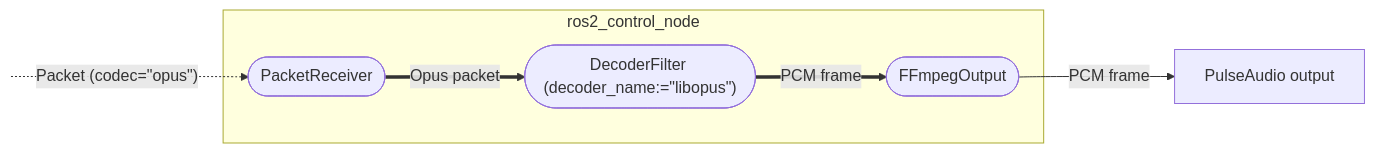
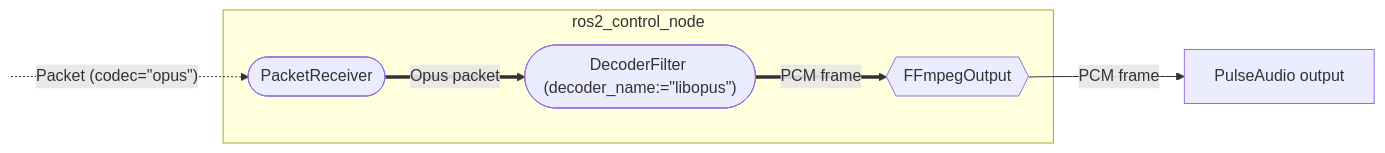
One commit to yoshito-n-students/ffmpeg_pipeline changed the third of 3 diagrams in README.md. Above: the diagram before and after it, drawn with Mermaid. The commit also changed other lines of this file, not shown here.

Commit message:
match block shape in flowchart

````diff
--- a/README.md
+++ b/README.md
@@ -160,10 +160,10 @@
 ```mermaid
 flowchart LR
    A:::hidden -. "Packet (codec=#quot;opus#quot;)" .-> B@{ shape: stadium, label: "PacketReceiver" }
    subgraph ros2_control_node
    B == "Opus packet" ==> C@{ shape: stadium, label: "DecoderFilter (decoder_name:=#quot;libopus#quot;)" }
-   C == "PCM frame" ==> D@{ shape: stadium, label: "FFmpegOutput" }
+   C == "PCM frame" ==> D@{ shape: hex, label: "FFmpegOutput" }
    end
    D -- "PCM frame" --> H@{ shape: rect, label: "PulseAudio output" }
    classDef hidden display: none;
 ```
````
